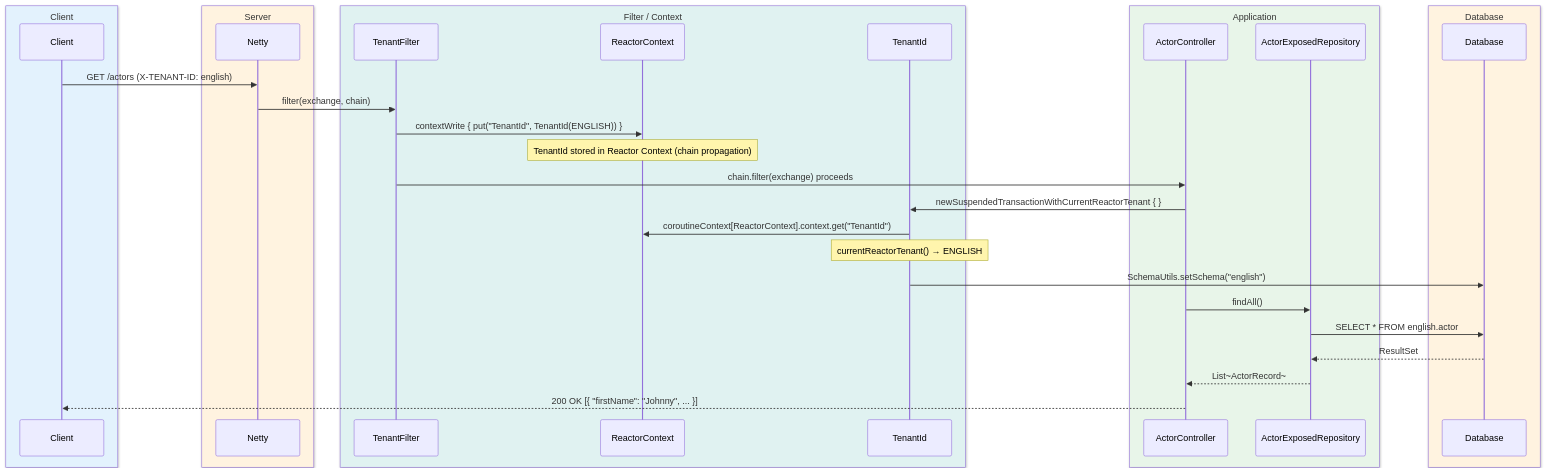
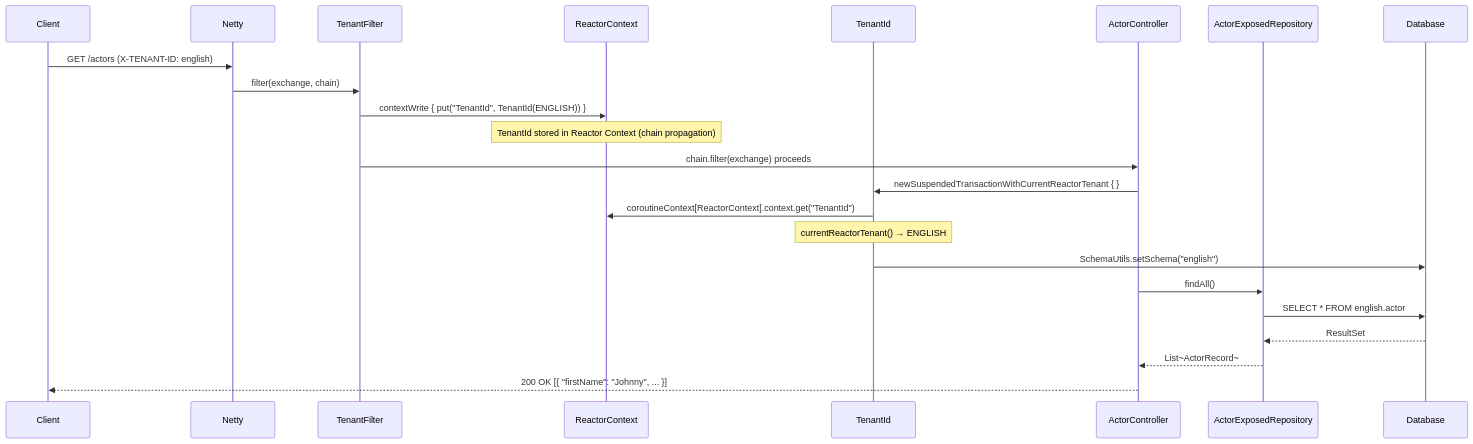
Before and after one commit to bluetape4k/exposed-workshop: the fourth of 4 diagrams in 10-multi-tenant/03-multitenant-spring-webflux/README.md, drawn with Mermaid. The commit also changed 42 other files, not shown here.

First line of the commit message:
docs: sequence diagram에서 box rgb() 제거 (option 1 - GitHub dark mode 기본 렌더링 사용)

````diff
--- a/10-multi-tenant/03-multitenant-spring-webflux/README.md
+++ b/10-multi-tenant/03-multitenant-spring-webflux/README.md
@@ -181,41 +181,31 @@
 ```mermaid
 %%{init: {"theme": "neutral", "themeVariables": {"fontFamily": "'Comic Mono', 'goorm sans code', 'JetBrains Mono', 'goorm sans'"}}}%%
 sequenceDiagram
-    box rgb(227, 242, 253) Client
-        participant Client
-    end
-    box rgb(255, 243, 224) Server
-        participant Netty
-    end
-    box rgb(224, 242, 241) Filter / Context
-        participant TenantFilter
-        participant ReactorContext
-        participant TenantId
-    end
-    box rgb(232, 245, 233) Application
-        participant ActorController
-        participant ActorExposedRepository
-    end
-    box rgb(255, 243, 224) Database
-        participant Database
-    end
+    participant Client
+    participant Netty
+    participant TenantFilter
+    participant ReactorContext
+    participant TenantId
+    participant ActorController
+    participant ActorExposedRepository
+    participant Database
 
     Client->>Netty: GET /actors (X-TENANT-ID: english)
     Netty->>TenantFilter: filter(exchange, chain)
 
     TenantFilter->>ReactorContext: contextWrite { put("TenantId", TenantId(ENGLISH)) }
     Note over ReactorContext: TenantId stored in Reactor Context (chain propagation)
 
     TenantFilter->>ActorController: chain.filter(exchange) proceeds
 
     ActorController->>TenantId: newSuspendedTransactionWithCurrentReactorTenant { }
     TenantId->>ReactorContext: coroutineContext[ReactorContext].context.get("TenantId")
     Note over TenantId: currentReactorTenant() → ENGLISH
 
     TenantId->>Database: SchemaUtils.setSchema("english")
     ActorController->>ActorExposedRepository: findAll()
     ActorExposedRepository->>Database: SELECT * FROM english.actor
     Database-->>ActorExposedRepository: ResultSet
     ActorExposedRepository-->>ActorController: List~ActorRecord~
     ActorController-->>Client: 200 OK [{ "firstName": "Johnny", ... }]
 ```
````
